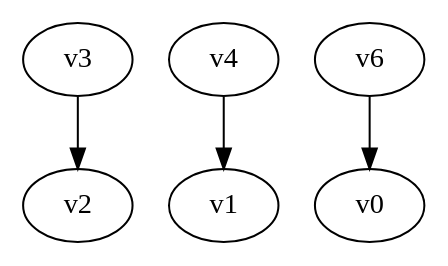
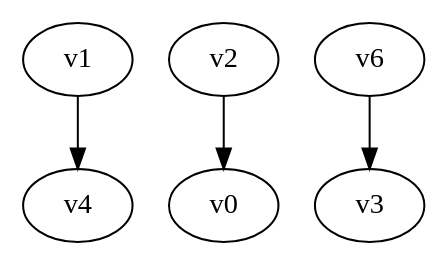
Before and after one commit to yadej/graph_project: the diagram in digraph.dot, drawn with Graphviz. The commit also changed 5 other files, not shown here.

```diff
--- a/digraph.dot
+++ b/digraph.dot
@@ -1,5 +1,5 @@
 digraph G { 
-v3 -> v2;
-v4 -> v1;
-v6 -> v0;
+v1 -> v4;
+v2 -> v0;
+v6 -> v3;
 }
```
